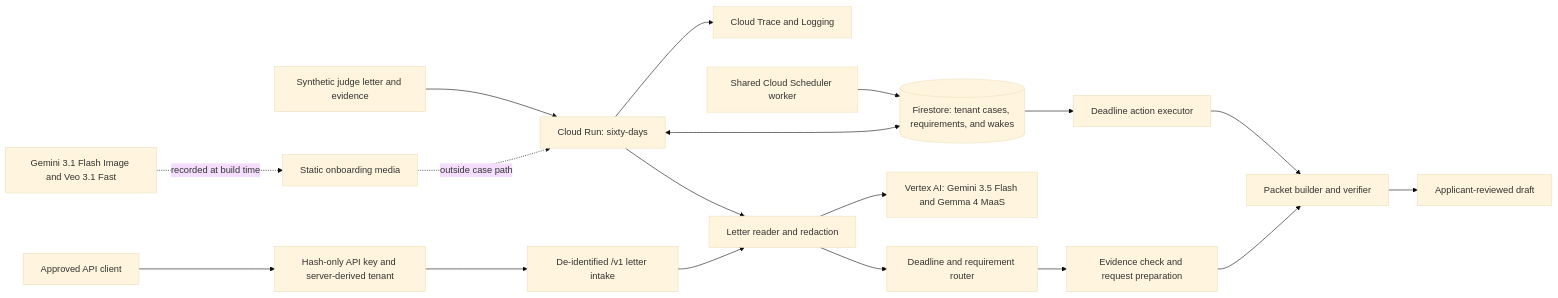
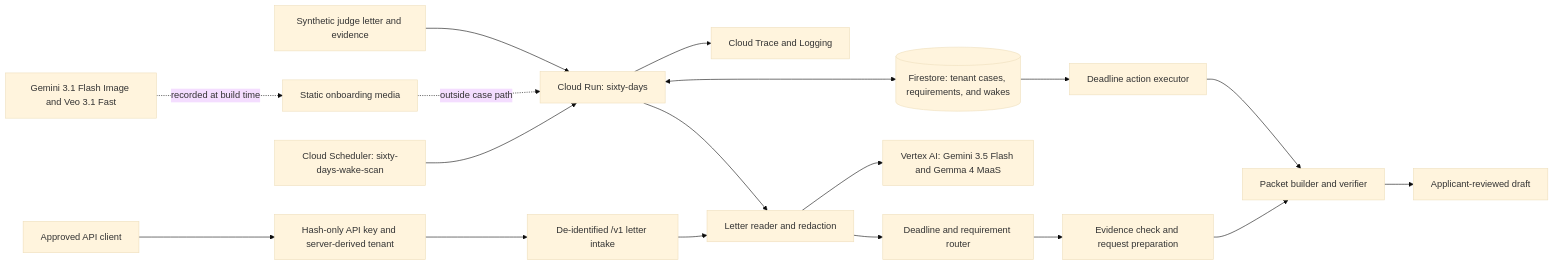
One commit to usv240/sixty-days changed the diagram in README.md. Above: the diagram before and after it, drawn with Mermaid (base theme). The commit also changed other lines of this file and 13 other files, not shown here.

````diff
--- a/README.md
+++ b/README.md
@@ -72,20 +72,20 @@
 ```mermaid
 flowchart LR
     A[Synthetic judge letter and evidence] --> B[Cloud Run: sixty-days]
     API[Approved API client] --> K[Hash-only API key and server-derived tenant]
     K --> DI[De-identified /v1 letter intake]
     B --> L[Letter reader and redaction]
     DI --> L
     L --> D[Deadline and requirement router]
     D --> E[Evidence check and request preparation]
     E --> P[Packet builder and verifier]
     B <--> F[(Firestore: tenant cases, requirements, and wakes)]
     L --> V[Vertex AI: Gemini 3.5 Flash and Gemma 4 MaaS]
     F --> X[Deadline action executor]
     X --> P
-    S[Shared Cloud Scheduler worker] --> F
+    S[Cloud Scheduler: sixty-days-wake-scan] --> B
     B --> T[Cloud Trace and Logging]
     P --> H[Applicant-reviewed draft]
     M[Gemini 3.1 Flash Image and Veo 3.1 Fast] -. recorded at build time .-> O[Static onboarding media]
     O -. outside case path .-> B
 ```
````
